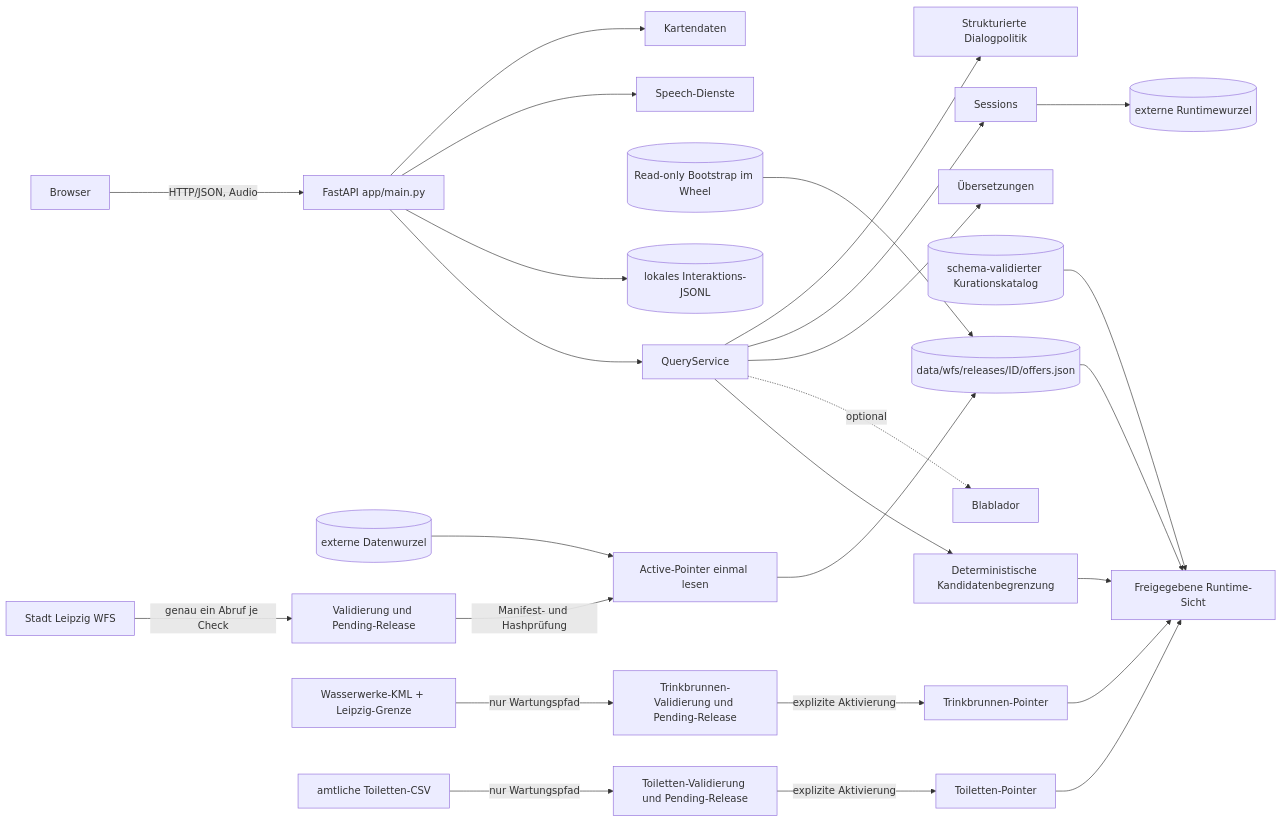
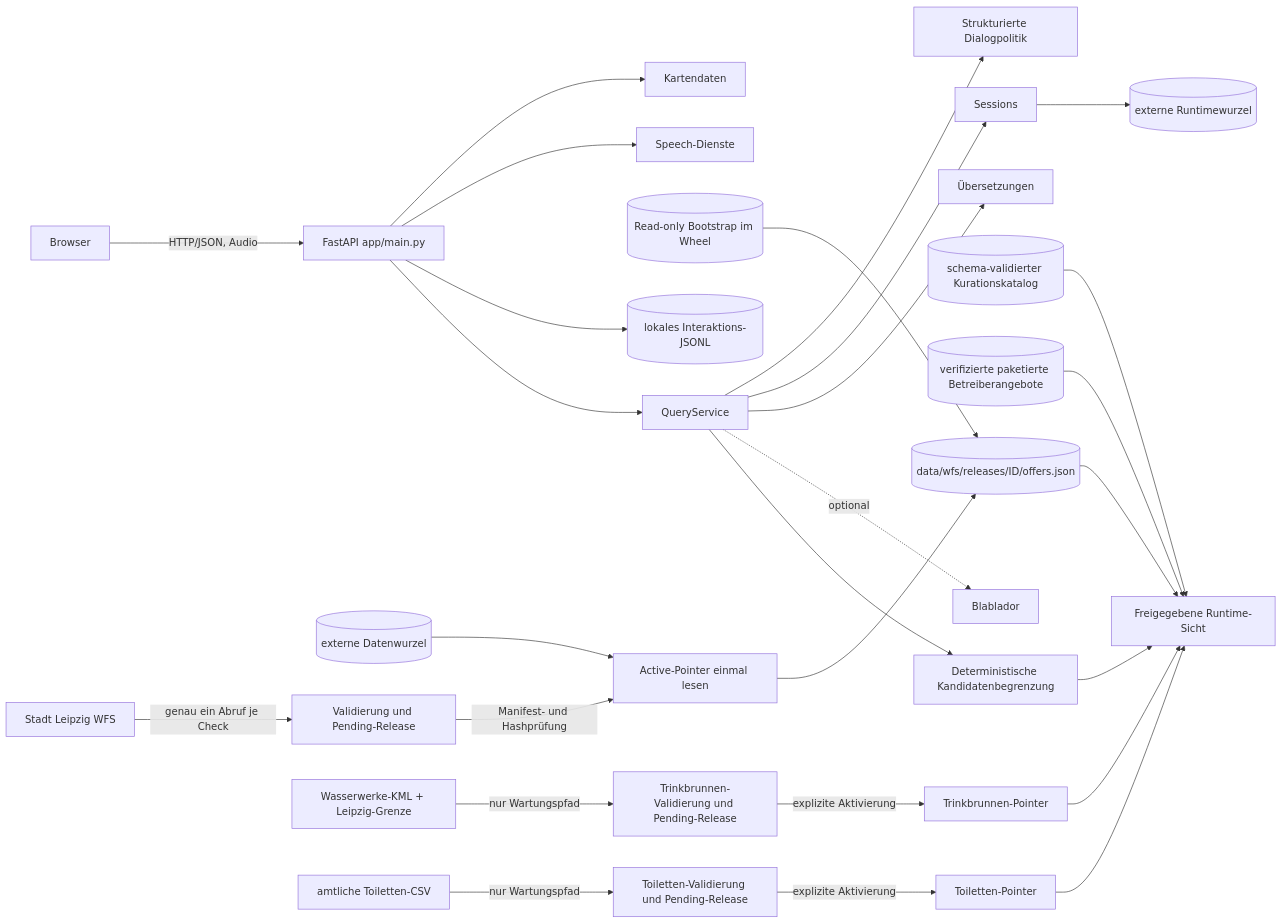
Before and after one commit to HannahHoffner/lena-grounded-voice-assistant: the diagram in docs/architecture.md, drawn with Mermaid. The commit also changed other lines of this file and 64 other files, not shown here.

````diff
--- a/docs/architecture.md
+++ b/docs/architecture.md
@@ -10,28 +10,29 @@
 ```mermaid
 flowchart LR
     U[Browser] -->|HTTP/JSON, Audio| A[FastAPI app/main.py]
     A --> S[QueryService]
     S --> R[Deterministische Kandidatenbegrenzung]
     S -. optional .-> L[Blablador]
     R --> Q[Freigegebene Runtime-Sicht]
     C[Active-Pointer einmal lesen] --> K[(data/wfs/releases/ID/offers.json)]
     K --> Q
     V[(schema-validierter Kurationskatalog)] --> Q
+    E[(verifizierte paketierte Betreiberangebote)] --> Q
     S --> I[Übersetzungen]
     S --> X[Sessions]
     S --> G[Strukturierte Dialogpolitik]
     B[(Read-only Bootstrap im Wheel)] --> K
     D[(externe Datenwurzel)] --> C
     X --> T[(externe Runtimewurzel)]
     A --> O[(lokales Interaktions-JSONL)]
     A --> P[Speech-Dienste]
     A --> M[Kartendaten]
     W[Stadt Leipzig WFS] -->|genau ein Abruf je Check| Y[Validierung und Pending-Release]
     Y -->|Manifest- und Hashprüfung| C
     F[Wasserwerke-KML + Leipzig-Grenze] -->|nur Wartungspfad| Z[Trinkbrunnen-Validierung und Pending-Release]
     Z -->|explizite Aktivierung| FC[Trinkbrunnen-Pointer]
     FC --> Q
     TCSV[amtliche Toiletten-CSV] -->|nur Wartungspfad| J[Toiletten-Validierung und Pending-Release]
     J -->|explizite Aktivierung| TC[Toiletten-Pointer]
     TC --> Q
 ```
````
